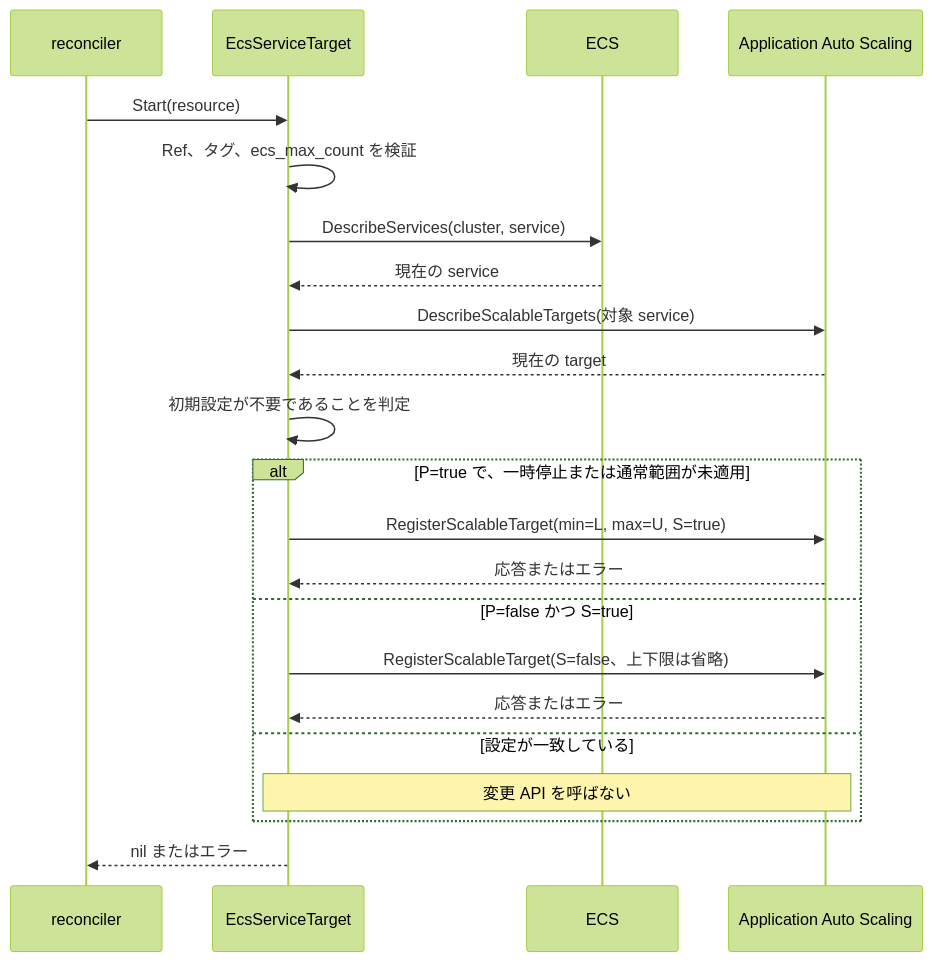
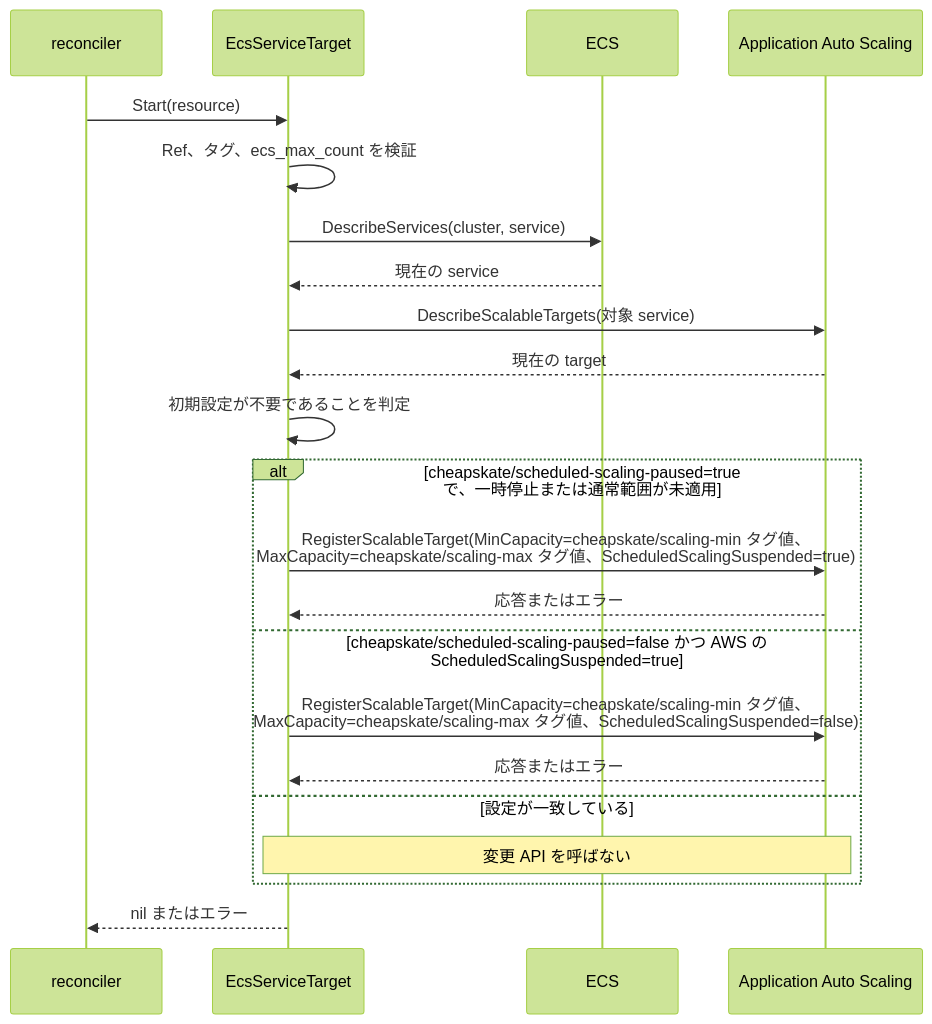
The eighth of 9 diagrams in docs/ja/development/resource_sequence.md (moepig/cheapskate), drawn with Mermaid (forest theme) before and after one commit. The commit also changed other lines of this file and 63 other files, not shown here.

````diff
--- a/docs/ja/development/resource_sequence.md
+++ b/docs/ja/development/resource_sequence.md
@@ -308,24 +303,24 @@
 ```mermaid
 sequenceDiagram
-    participant R as reconciler
-    participant A as EcsServiceTarget
-    participant E as ECS
-    participant S as Application Auto Scaling
-    R->>A: Start(resource)
-    A->>A: Ref、タグ、ecs_max_count を検証
-    A->>E: DescribeServices(cluster, service)
-    E-->>A: 現在の service
-    A->>S: DescribeScalableTargets(対象 service)
-    S-->>A: 現在の target
-    A->>A: 初期設定が不要であることを判定
-    alt P=true で、一時停止または通常範囲が未適用
-        A->>S: RegisterScalableTarget(min=L, max=U, S=true)
-        S-->>A: 応答またはエラー
-    else P=false かつ S=true
-        A->>S: RegisterScalableTarget(S=false、上下限は省略)
-        S-->>A: 応答またはエラー
+    participant Reconciler as reconciler
+    participant Adapter as EcsServiceTarget
+    participant EcsAPI as ECS
+    participant AutoScaling as Application Auto Scaling
+    Reconciler->>Adapter: Start(resource)
+    Adapter->>Adapter: Ref、タグ、ecs_max_count を検証
+    Adapter->>EcsAPI: DescribeServices(cluster, service)
+    EcsAPI-->>Adapter: 現在の service
+    Adapter->>AutoScaling: DescribeScalableTargets(対象 service)
+    AutoScaling-->>Adapter: 現在の target
+    Adapter->>Adapter: 初期設定が不要であることを判定
+    alt cheapskate/scheduled-scaling-paused=true で、一時停止または通常範囲が未適用
+        Adapter->>AutoScaling: RegisterScalableTarget(MinCapacity=cheapskate/scaling-min タグ値、<br/>MaxCapacity=cheapskate/scaling-max タグ値、ScheduledScalingSuspended=true)
+        AutoScaling-->>Adapter: 応答またはエラー
+    else cheapskate/scheduled-scaling-paused=false かつ AWS の ScheduledScalingSuspended=true
+        Adapter->>AutoScaling: RegisterScalableTarget(MinCapacity=cheapskate/scaling-min タグ値、<br/>MaxCapacity=cheapskate/scaling-max タグ値、ScheduledScalingSuspended=false)
+        AutoScaling-->>Adapter: 応答またはエラー
     else 設定が一致している
-        Note over A,S: 変更 API を呼ばない
+        Note over Adapter,AutoScaling: 変更 API を呼ばない
     end
-    A-->>R: nil またはエラー
+    Adapter-->>Reconciler: nil またはエラー
 ```
````
